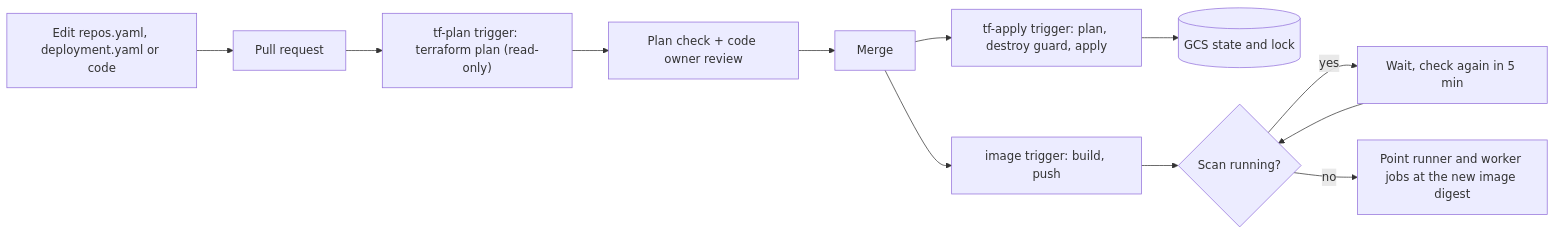
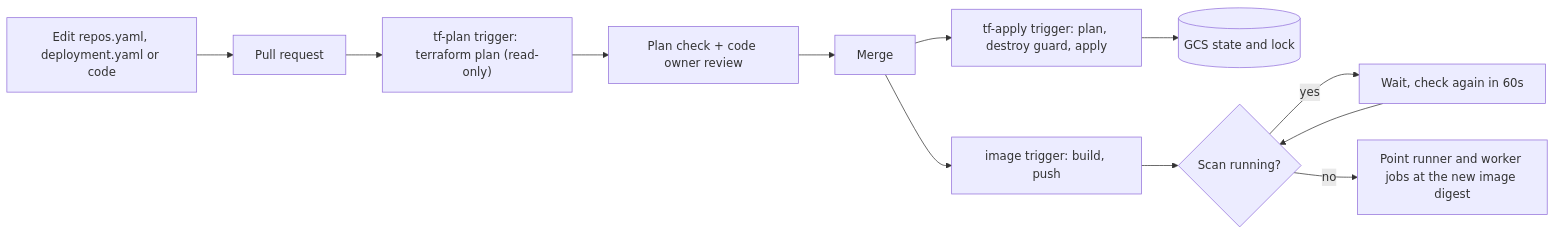
The diagram in docs/guides/gitops_cloud_build.md (niteshtadepalli/bokeh), drawn with Mermaid before and after one commit. The commit also changed other lines of this file and 21 other files, not shown here.

````diff
--- a/docs/guides/gitops_cloud_build.md
+++ b/docs/guides/gitops_cloud_build.md
@@ -15,14 +15,14 @@
 ```mermaid
 flowchart LR
   edit["Edit repos.yaml, deployment.yaml or code"] --> pr["Pull request"]
   pr --> plan["tf-plan trigger: terraform plan (read-only)"]
   plan --> review["Plan check + code owner review"]
   review --> merge["Merge"]
   merge --> apply["tf-apply trigger: plan, destroy guard, apply"]
   apply --> state[("GCS state and lock")]
   merge --> image["image trigger: build, push"]
   image --> wait{"Scan running?"}
-  wait -- "yes" --> sleep["Wait, check again in 5 min"]
+  wait -- "yes" --> sleep["Wait, check again in 60s"]
   sleep --> wait
   wait -- "no" --> roll["Point runner and worker jobs at the new image digest"]
 ```
````
